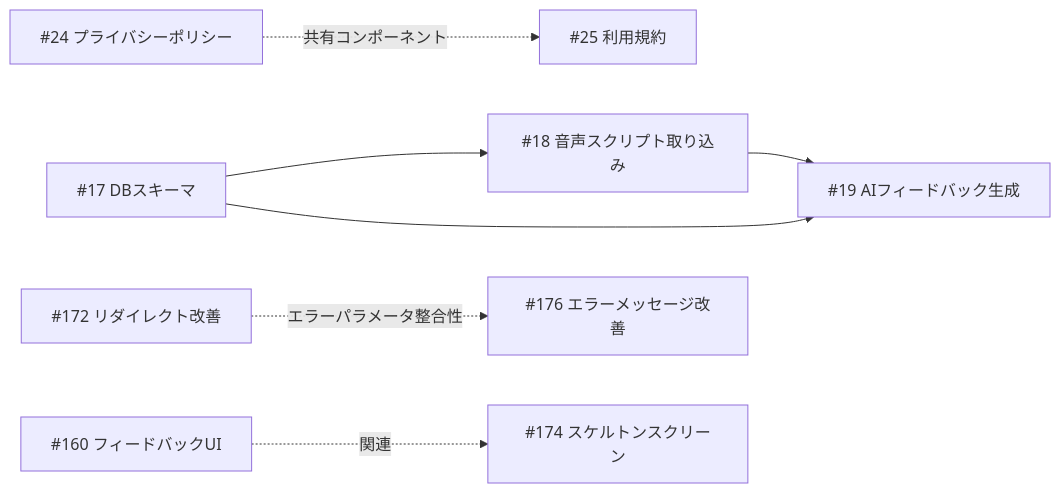
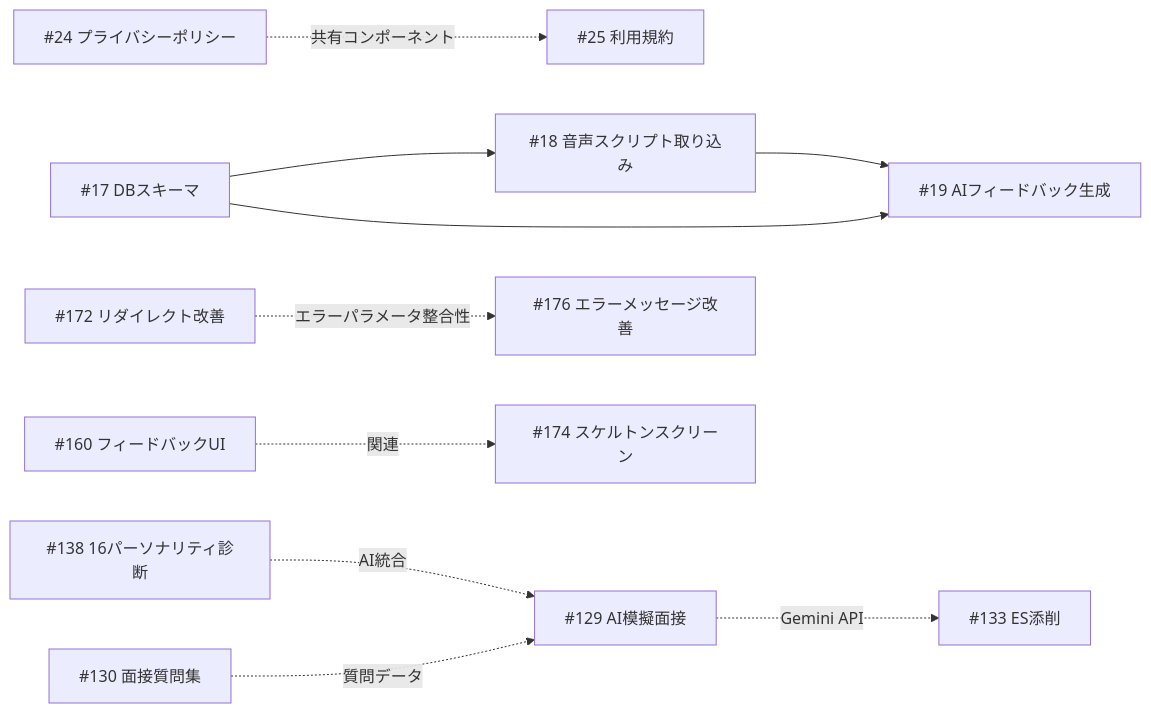
Before and after one commit to aya-kurabuchi115/interview-feedback-app: the diagram in docs/specs/README.md, drawn with Mermaid. The commit also changed other lines of this file and 8 other files, not shown here.

````diff
--- a/docs/specs/README.md
+++ b/docs/specs/README.md
@@ -35,9 +48,12 @@
 ```mermaid
 graph LR
     A["#17 DBスキーマ"] --> B["#18 音声スクリプト取り込み"]
     A --> C["#19 AIフィードバック生成"]
     B --> C
     D["#24 プライバシーポリシー"] -.共有コンポーネント.-> E["#25 利用規約"]
     F["#172 リダイレクト改善"] -.エラーパラメータ整合性.-> G["#176 エラーメッセージ改善"]
     H["#160 フィードバックUI"] -.関連.-> I["#174 スケルトンスクリーン"]
+    J["#129 AI模擬面接"] -.Gemini API.-> K["#133 ES添削"]
+    L["#138 16パーソナリティ診断"] -.AI統合.-> J
+    M["#130 面接質問集"] -.質問データ.-> J
 ```
````
